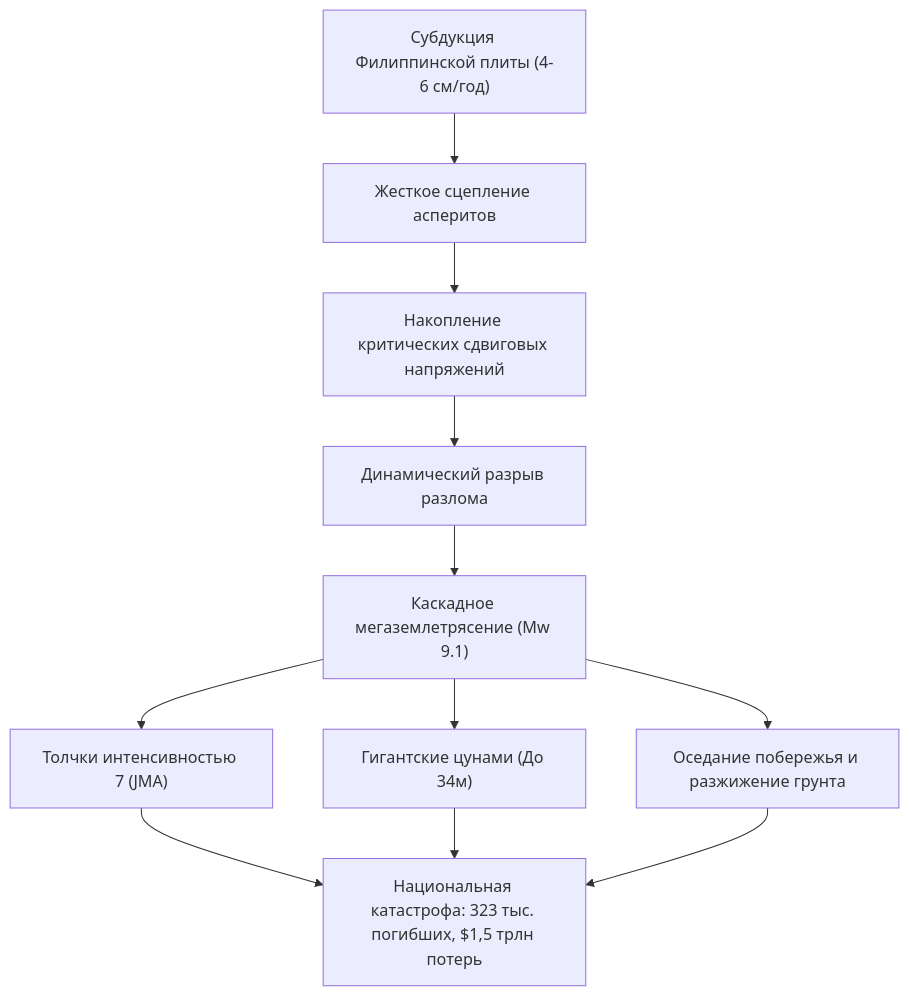
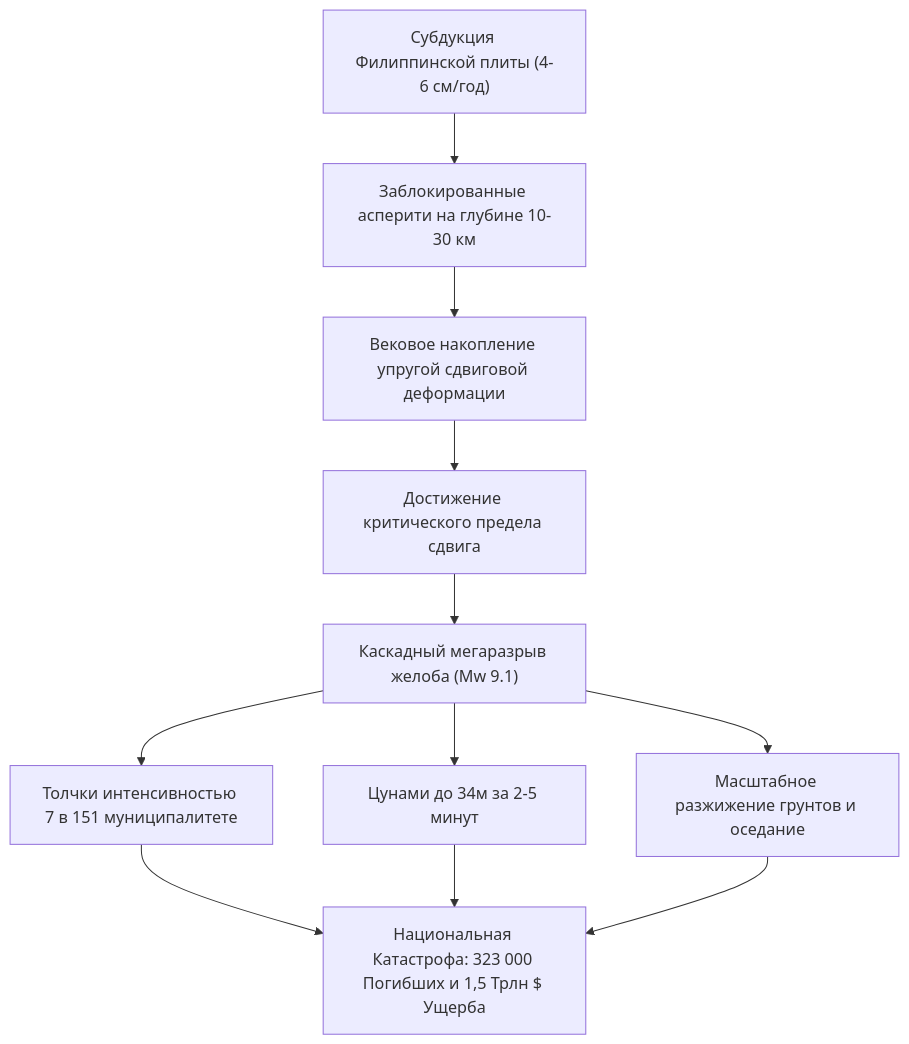
The diagram in content/post/nankai-trough-megathrust-earthquake-scientific-guide-disaster-prevention/index.ru.md (kenjinote/blog), drawn with Mermaid before and after one commit. The commit also changed other lines of this file and 12 other files, not shown here.

````diff
--- a/content/post/nankai-trough-megathrust-earthquake-scientific-guide-disaster-prevention/index.ru.md
+++ b/content/post/nankai-trough-megathrust-earthquake-scientific-guide-disaster-prevention/index.ru.md
@@ -17,13 +27,11 @@
 ```mermaid
 flowchart TD
-    P1["Субдукция Филиппинской плиты (4-6 см/год)"] --> P2["Жесткое сцепление асперитов"]
-    P2 --> P3["Накопление критических сдвиговых напряжений"]
-    P3 --> P4["Динамический разрыв разлома"]
-    P4 --> P5["Каскадное мегаземлетрясение (Mw 9.1)"]
-    P5 --> E1["Толчки интенсивностью 7 (JMA)"]
-    P5 --> E2["Гигантские цунами (До 34м)"]
-    P5 --> E3["Оседание побережья и разжижение грунта"]
-    E1 --> TOTAL["Национальная катастрофа: 323 тыс. погибших, $1,5 трлн потерь"]
-    E2 --> TOTAL
-    E3 --> TOTAL
+    P1["Субдукция Филиппинской плиты (4-6 см/год)"] --> P2["Заблокированные асперити на глубине 10-30 км"]
+    P2 --> P3["Вековое накопление упругой сдвиговой деформации"]
+    P3 --> P4["Достижение критического предела сдвига"]
+    P4 --> P5["Каскадный мегаразрыв желоба (Mw 9.1)"]
+    P5 --> E1["Толчки интенсивностью 7 в 151 муниципалитете"]
+    P5 --> E2["Цунами до 34м за 2-5 минут"]
+    P5 --> E3["Масштабное разжижение грунтов и оседание"]
+    E1 & E2 & E3 --> TOTAL["Национальная Катастрофа: 323 000 Погибших и 1,5 Трлн $ Ущерба"]
 ```
````
